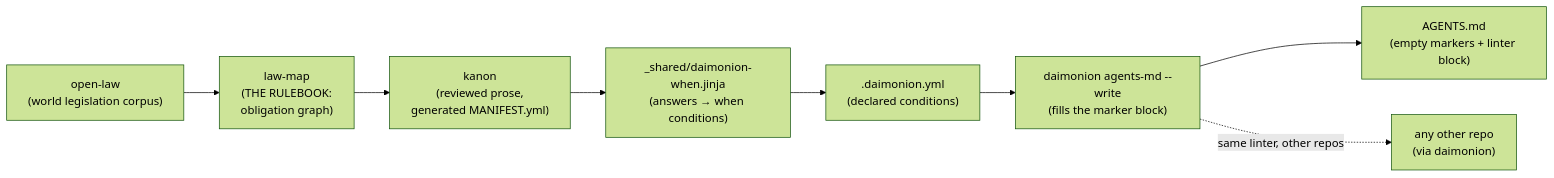
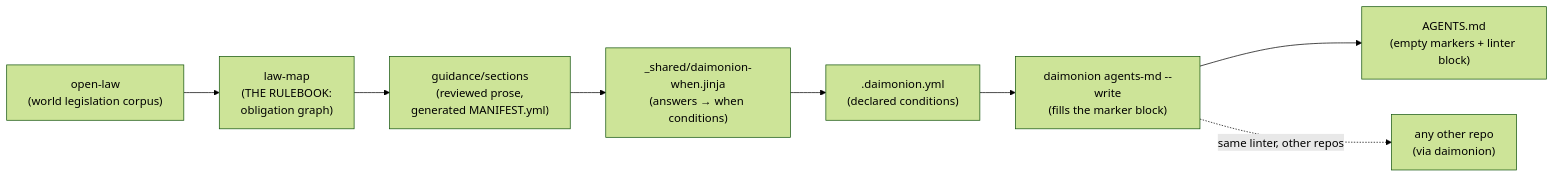
Before and after one commit to kasi-x/python-copier-template: the third of 4 diagrams in docs/explanations/flows.md, drawn with Mermaid (forest theme). The commit also changed other lines of this file and 41 other files, not shown here.

First line of the commit message:
refactor(rules): switch kanon references to law-map guidance sections

````diff
--- a/docs/explanations/flows.md
+++ b/docs/explanations/flows.md
@@ -71,10 +71,10 @@
 ```mermaid
 flowchart LR
     OL["open-law<br/>(world legislation corpus)"] --> LM["law-map<br/>(THE RULEBOOK:<br/>obligation graph)"]
-    LM --> CX["kanon<br/>(reviewed prose,<br/>generated MANIFEST.yml)"]
+    LM --> CX["guidance/sections<br/>(reviewed prose,<br/>generated MANIFEST.yml)"]
     CX --> DW["_shared/daimonion-when.jinja<br/>(answers → when conditions)"]
     DW --> DC[".daimonion.yml<br/>(declared conditions)"]
     DC --> AM["daimonion agents-md --write<br/>(fills the marker block)"]
     AM --> AG["AGENTS.md<br/>(empty markers + linter block)"]
     AM -.->|"same linter, other repos"| OTHER["any other repo<br/>(via daimonion)"]
 ```
````
